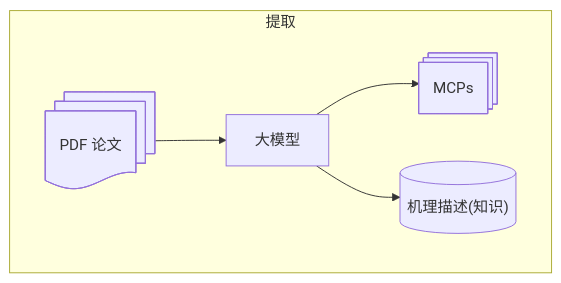
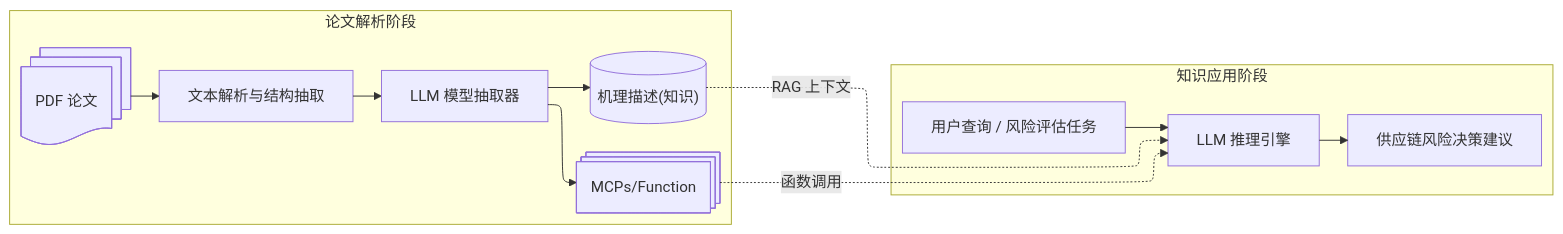
One commit to GreenHandHand/markdown-note changed the diagram in 01_Projects/调研.md. Above: the diagram before and after it, drawn with Mermaid. The commit also changed other lines of this file and 1 other file, not shown here.

````diff
--- a/01_Projects/调研.md
+++ b/01_Projects/调研.md
@@ -18,8 +33,22 @@
 ```mermaid
+---
+config:
+  flowchart:
+    defaultRenderer: "elk"
+---
 graph LR
-	subgraph 提取
-		direction LR
-		A@{shape: docs, label: "PDF 论文"} --> B["大模型"] --> C@{shape: processes, label: "MCPs"}
-		B --> D@{shape: cyl, label: "机理描述(知识)"}
+	subgraph A["论文解析阶段"]
+		A1@{shape: docs, label: "PDF 论文"} --> A2[文本解析与结构抽取]
+		A2 --> A3["LLM 模型抽取器"]
+		A3 --> A4@{shape: processes, label: "MCPs/Function"}
+		A3 --> A5@{shape: cyl, label: "机理描述(知识)"}
 	end
+
+	subgraph B["知识应用阶段"]
+		A4 -.->|函数调用| B2
+		A5 -.->|RAG 上下文| B2
+		B2 --> B3["供应链风险决策建议"]
+		B1["用户查询 / 风险评估任务"] --> B2["LLM 推理引擎"]
+	end
+
 ```
````
